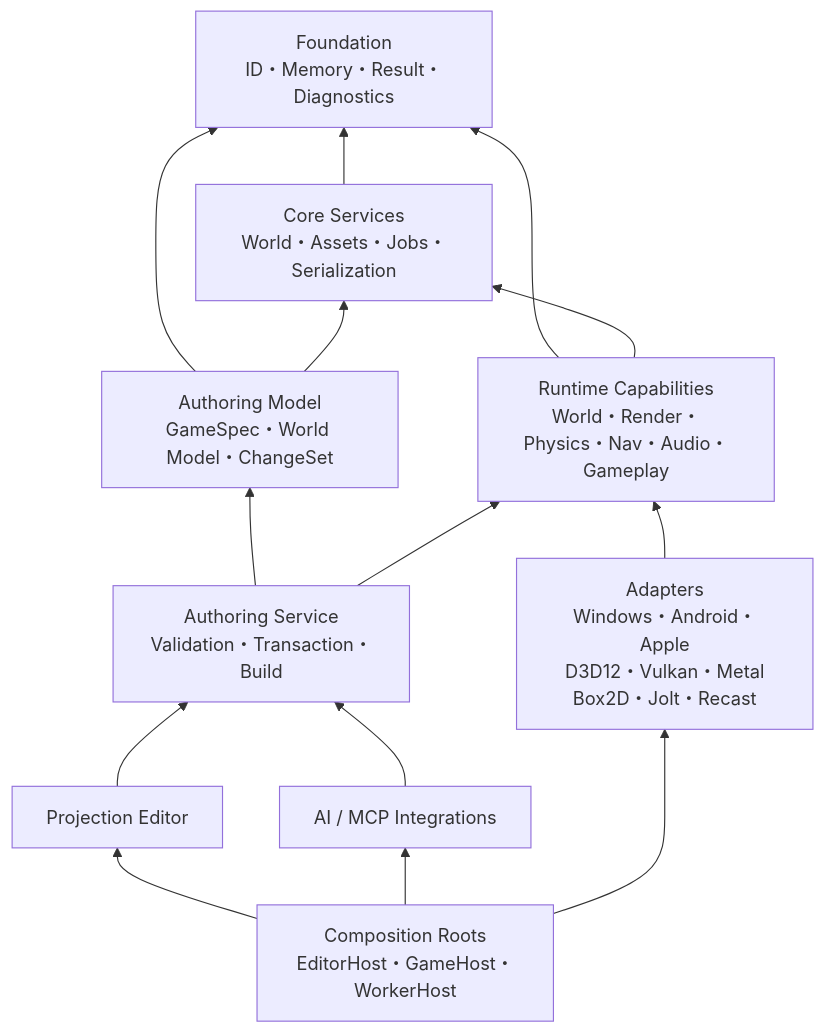
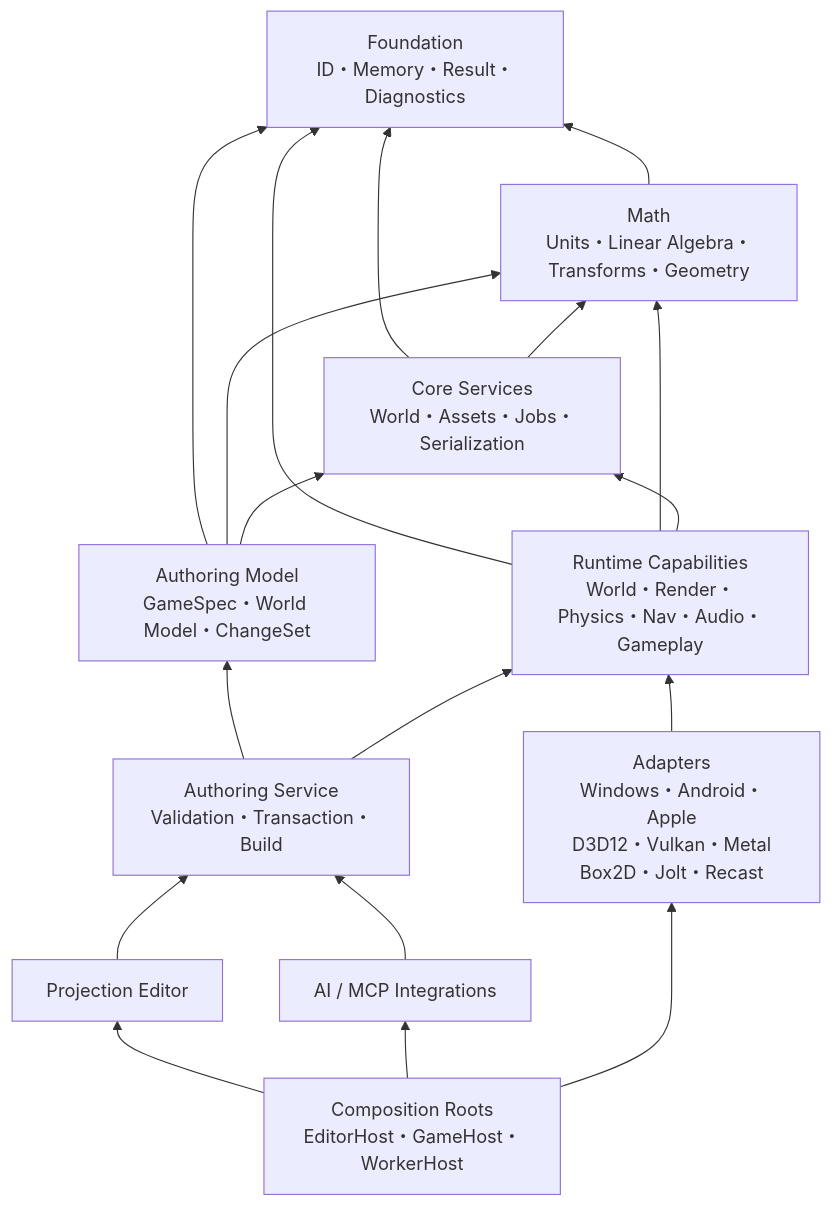
One commit to y2ikgm89/miraikanai-engine changed the diagram in docs/superpowers/specs/2026-07-19-engine-foundation-architecture-design.md. Above: the diagram before and after it, drawn with Mermaid. The commit also changed other lines of this file and 47 other files, not shown here.

````diff
--- a/docs/superpowers/specs/2026-07-19-engine-foundation-architecture-design.md
+++ b/docs/superpowers/specs/2026-07-19-engine-foundation-architecture-design.md
@@ -259,26 +266,31 @@
 ```mermaid
 flowchart BT
   Foundation["Foundation\nID・Memory・Result・Diagnostics"]
+  Math["Math\nUnits・Linear Algebra・Transforms・Geometry"]
   CoreServices["Core Services\nWorld・Assets・Jobs・Serialization"]
   Model["Authoring Model\nGameSpec・World Model・ChangeSet"]
   Runtime["Runtime Capabilities\nWorld・Render・Physics・Nav・Audio・Gameplay"]
   Adapters["Adapters\nWindows・Android・Apple\nD3D12・Vulkan・Metal\nBox2D・Jolt・Recast"]
   Authoring["Authoring Service\nValidation・Transaction・Build"]
   Editor["Projection Editor"]
   Integrations["AI / MCP Integrations"]
   Hosts["Composition Roots\nEditorHost・GameHost・WorkerHost"]
 
+  Math --> Foundation
   CoreServices --> Foundation
+  CoreServices --> Math
   Model --> Foundation
+  Model --> Math
   Model --> CoreServices
   Runtime --> Foundation
+  Runtime --> Math
   Runtime --> CoreServices
   Adapters --> Runtime
   Authoring --> Model
   Authoring --> Runtime
   Editor --> Authoring
   Integrations --> Authoring
   Hosts --> Editor
   Hosts --> Integrations
   Hosts --> Adapters
 ```
````
